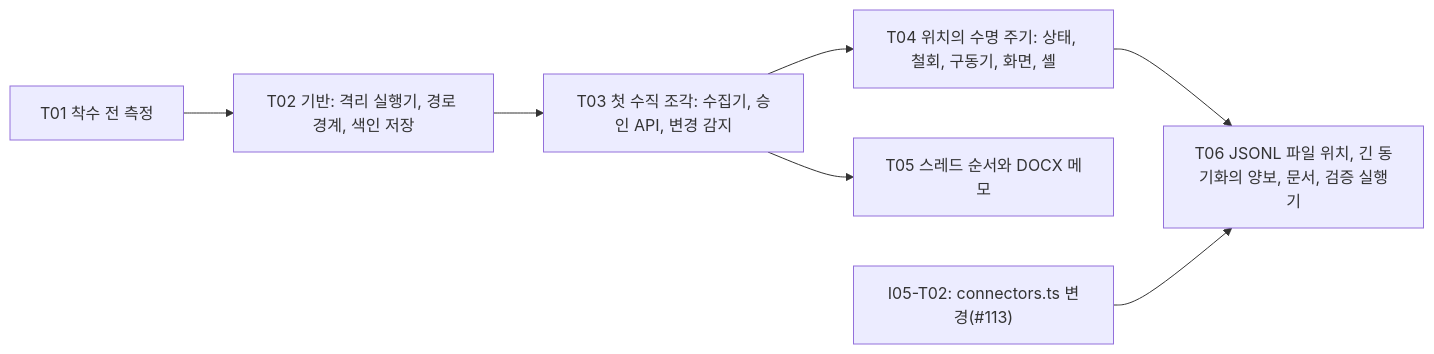
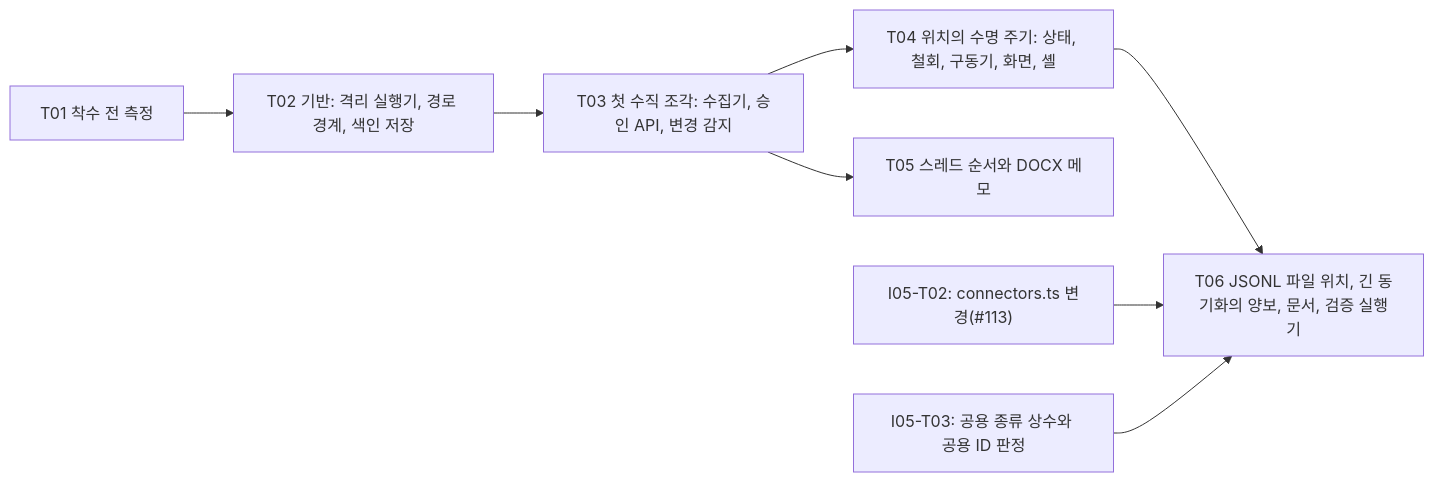
One commit to nohdol97/PKI changed the fourth of 4 diagrams in docs/specs/2026-11-22-I02-local-file-import.md. Above: the diagram before and after it, drawn with Mermaid. The commit also changed other lines of this file and 1 other file, not shown here.

````diff
--- a/docs/specs/2026-11-22-I02-local-file-import.md
+++ b/docs/specs/2026-11-22-I02-local-file-import.md
@@ -736,9 +742,10 @@
 ```mermaid
 flowchart LR
   T01["T01 착수 전 측정"] --> T02["T02 기반: 격리 실행기, 경로 경계, 색인 저장"]
   T02 --> T03["T03 첫 수직 조각: 수집기, 승인 API, 변경 감지"]
   T03 --> T04["T04 위치의 수명 주기: 상태, 철회, 구동기, 화면, 셸"]
   T03 --> T05["T05 스레드 순서와 DOCX 메모"]
   T04 --> T06["T06 JSONL 파일 위치, 긴 동기화의 양보, 문서, 검증 실행기"]
   I05["I05-T02: connectors.ts 변경(#113)"] --> T06
+  I05B["I05-T03: 공용 종류 상수와 공용 ID 판정"] --> T06
 ```
````
